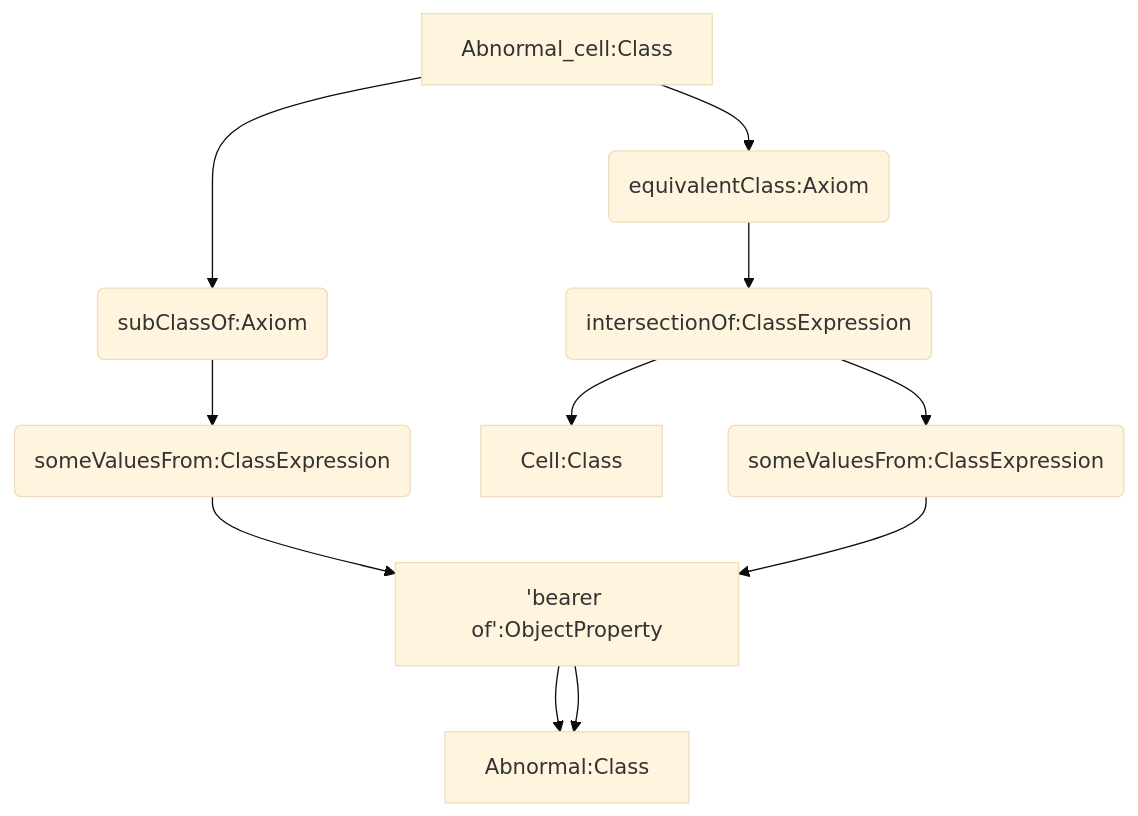
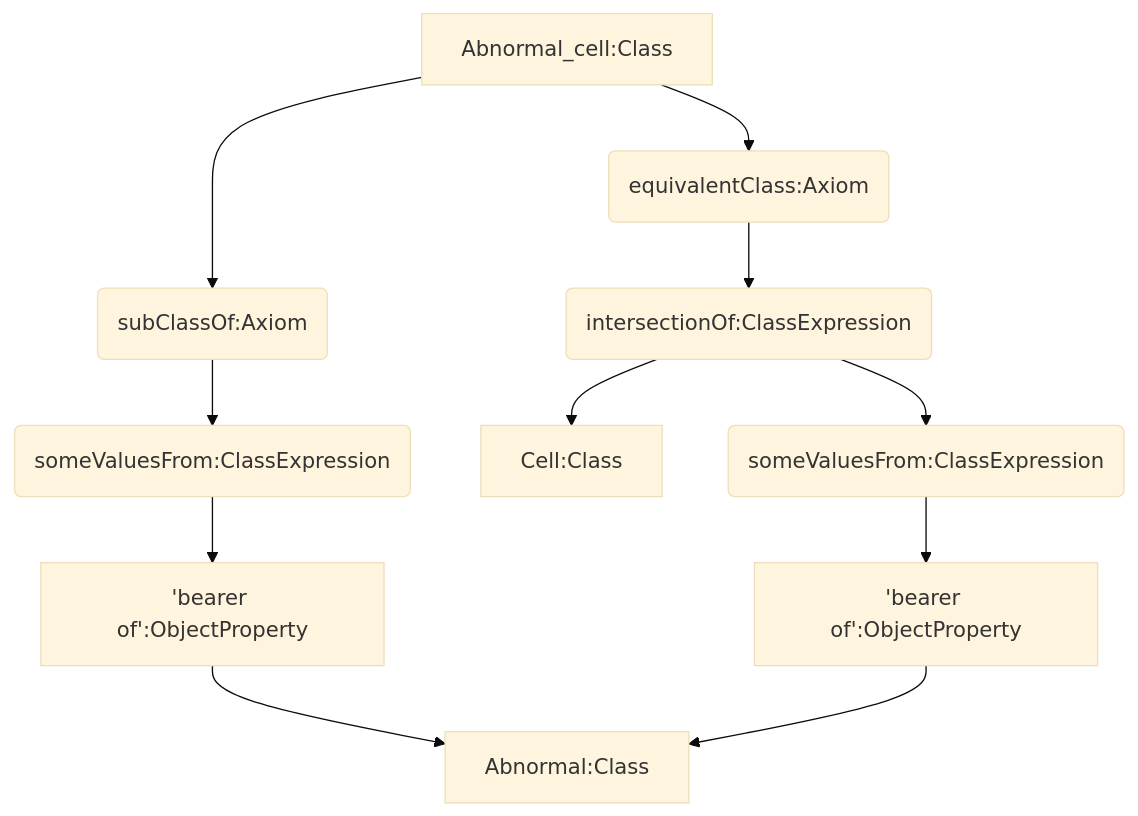
One commit to neobernad/owl_to_lpg changed the fourth of 7 diagrams in docs/owl_to_lpg/README.md. Above: the diagram before and after it, drawn with Mermaid (base theme). The commit also changed other lines of this file and 3 other files, not shown here.

````diff
--- a/docs/owl_to_lpg/README.md
+++ b/docs/owl_to_lpg/README.md
@@ -109,16 +109,16 @@
 ```mermaid
 graph TB
 	%% EquivalentClasses(<http://purl.obolibrary.org/obo/CL_0001061> ObjectIntersectionOf(<http://purl.obolibrary.org/obo/GO_0005623> ObjectSomeValuesFrom(<http://purl.obolibrary.org/obo/RO_0000053> <http://purl.obolibrary.org/obo/PATO_0000460>)) )
 	%% SubClassOf(<http://purl.obolibrary.org/obo/CL_0001061> ObjectSomeValuesFrom(<http://purl.obolibrary.org/obo/RO_0000053> <http://purl.obolibrary.org/obo/PATO_0000460>))
 
     ABNORMAL_CELL["Abnormal_cell:Class"]:::cNode --> SUBCLASS_OF("subClassOf:Axiom"):::aNode;
     SUBCLASS_OF --> SOME("someValuesFrom:ClassExpression"):::ceNode;
-    SOME --> BEARER_OF["'bearer of':ObjectProperty"]:::pNode;
-    BEARER_OF --> ABNORMAL["Abnormal:Class"]:::cNode
+    SOME --> BEARER_OF_1["'bearer of':ObjectProperty"]:::pNode;
+    BEARER_OF_1 --> ABNORMAL["Abnormal:Class"]:::cNode
 
     ABNORMAL_CELL --> EQ1(equivalentClass:Axiom):::aNode --> AND1("intersectionOf:ClassExpression"):::ceNode;
     AND1 --> CELL["Cell:Class"]:::cNode;
     AND1 --> SOME1("someValuesFrom:ClassExpression"):::ceNode;
-    SOME1 --> BEARER_OF;
-    BEARER_OF --> ABNORMAL;
+    SOME1 --> BEARER_OF_2["'bearer of':ObjectProperty"]:::pNode;
+    BEARER_OF_2 --> ABNORMAL;
 ```
````
